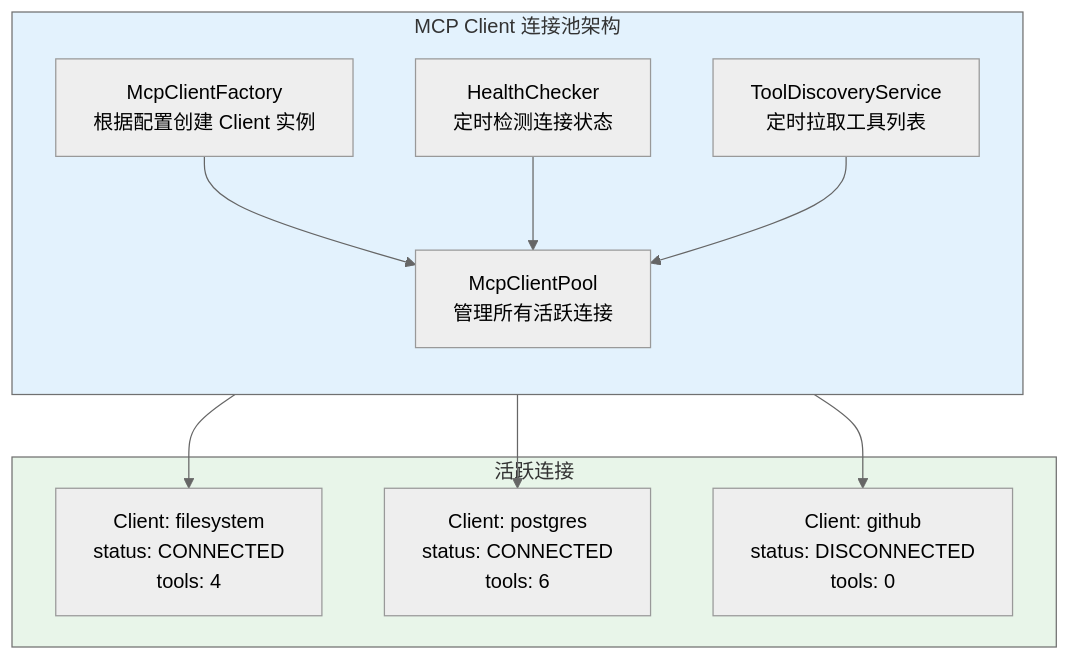
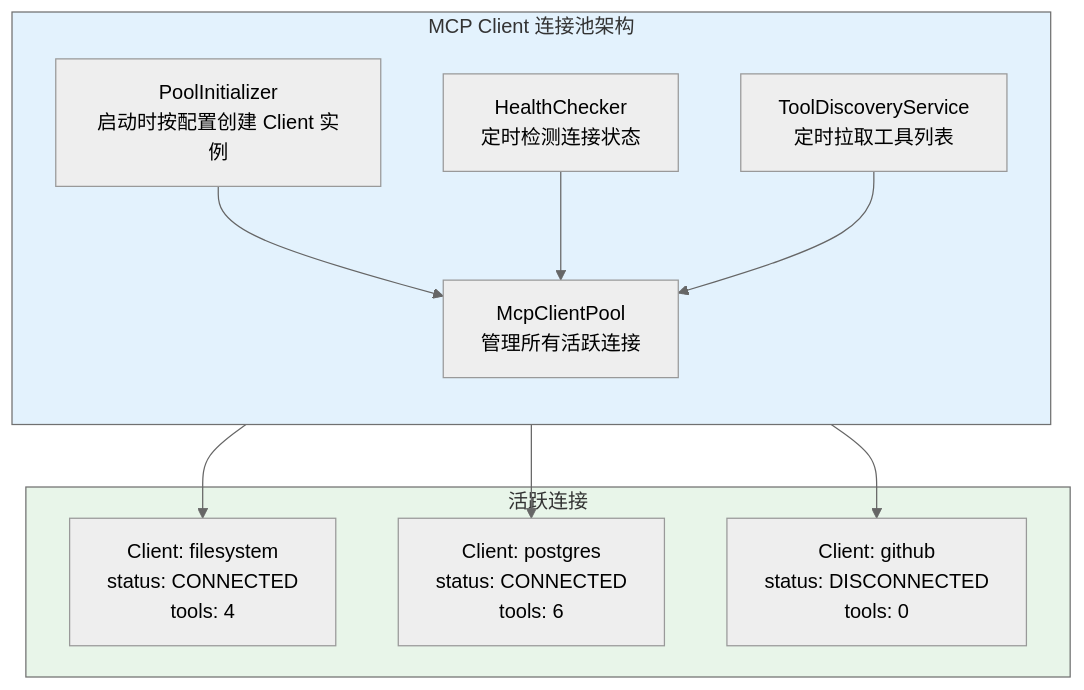
Before and after one commit to UranusGit/java-agent-learn: the second of 4 diagrams in docs/项目/03-MCP工具网关/02-迭代一-MCP客户端集成.md, drawn with Mermaid (neutral theme). The commit also changed other lines of this file and 206 other files, not shown here.

````diff
--- a/docs/项目/03-MCP工具网关/02-迭代一-MCP客户端集成.md
+++ b/docs/项目/03-MCP工具网关/02-迭代一-MCP客户端集成.md
@@ -145,26 +222,26 @@
 ```mermaid
 graph TB
     subgraph 连接池["MCP Client 连接池架构"]
         direction TB
-        FACTORY["McpClientFactory<br/>根据配置创建 Client 实例"]
+        FACTORY["PoolInitializer<br/>启动时按配置创建 Client 实例"]
         POOL["McpClientPool<br/>管理所有活跃连接"]
         HEALTH["HealthChecker<br/>定时检测连接状态"]
         DISCOVERY["ToolDiscoveryService<br/>定时拉取工具列表"]
     end
 
     subgraph 连接["活跃连接"]
         C1["Client: filesystem<br/>status: CONNECTED<br/>tools: 4"]
         C2["Client: postgres<br/>status: CONNECTED<br/>tools: 6"]
         C3["Client: github<br/>status: DISCONNECTED<br/>tools: 0"]
     end
 
     FACTORY --> POOL
     POOL --> C1
     POOL --> C2
     POOL --> C3
     HEALTH --> POOL
     DISCOVERY --> POOL
 
     style 连接池 fill:#e3f2fd
     style 连接 fill:#e8f5e9
 ```
````
